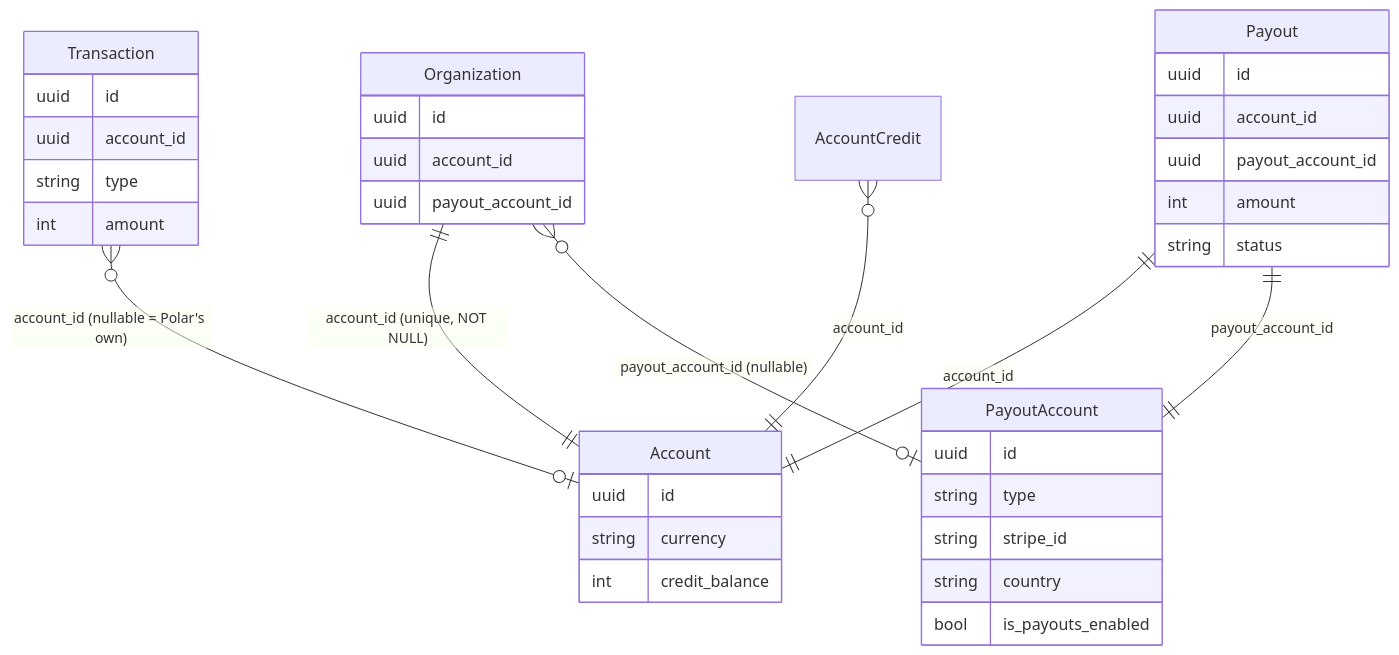
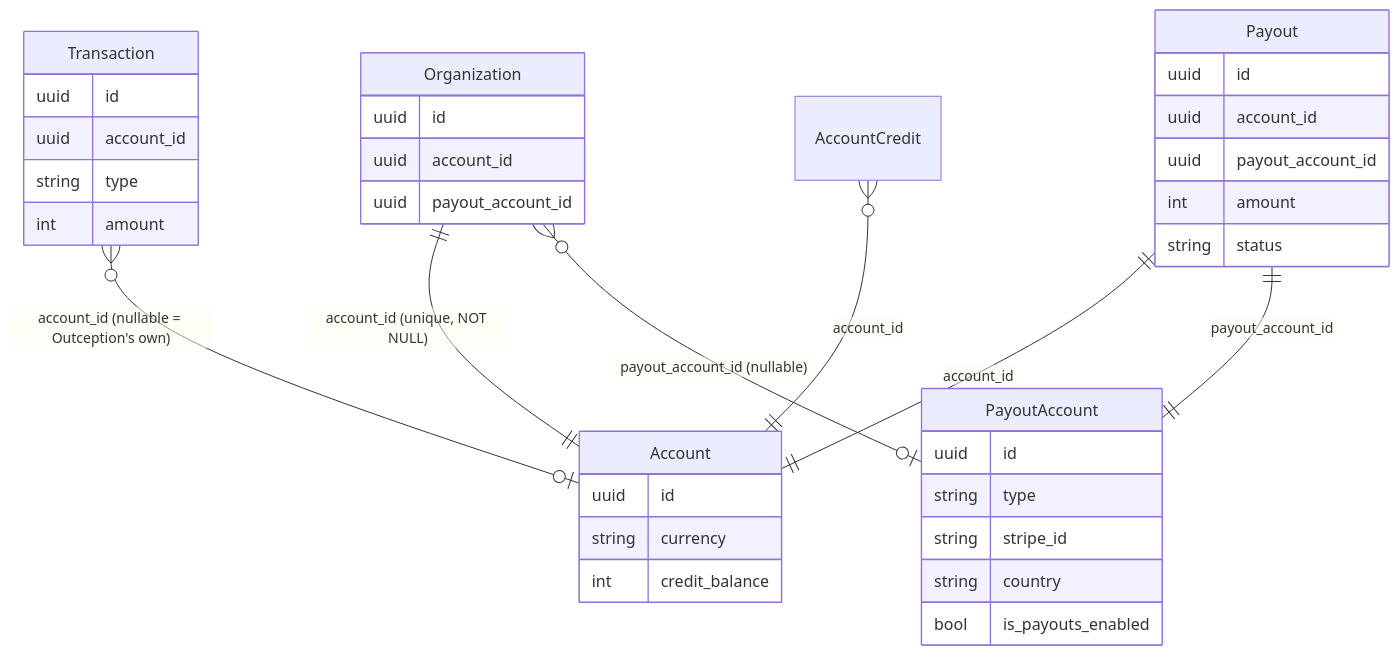
The first of 3 diagrams in handbook/engineering/backend-development/account-payout-account.mdx (outception/outception), drawn with Mermaid before and after one commit. The commit also changed other lines of this file and 12 other files, not shown here.

````diff
--- a/handbook/engineering/backend-development/account-payout-account.mdx
+++ b/handbook/engineering/backend-development/account-payout-account.mdx
@@ -15,40 +15,40 @@
 ```mermaid
 erDiagram
     Organization ||--|| Account : "account_id (unique, NOT NULL)"
     Organization }o--o| PayoutAccount : "payout_account_id (nullable)"
-    Transaction }o--o| Account : "account_id (nullable = Polar's own)"
+    Transaction }o--o| Account : "account_id (nullable = Outception's own)"
     Payout ||--|| Account : "account_id"
     Payout ||--|| PayoutAccount : "payout_account_id"
     AccountCredit }o--|| Account : "account_id"
 
     Organization {
         uuid id
         uuid account_id
         uuid payout_account_id
     }
     Account {
         uuid id
         string currency
         int credit_balance
     }
     PayoutAccount {
         uuid id
         string type
         string stripe_id
         string country
         bool is_payouts_enabled
     }
     Payout {
         uuid id
         uuid account_id
         uuid payout_account_id
         int amount
         string status
     }
     Transaction {
         uuid id
         uuid account_id
         string type
         int amount
     }
 ```
````
